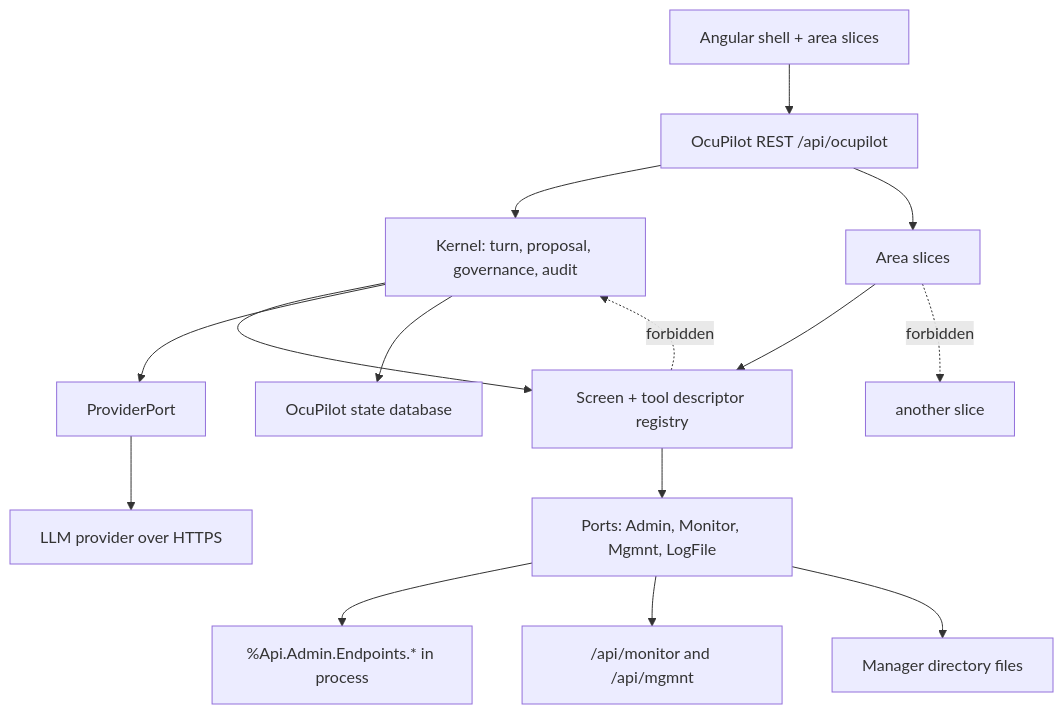
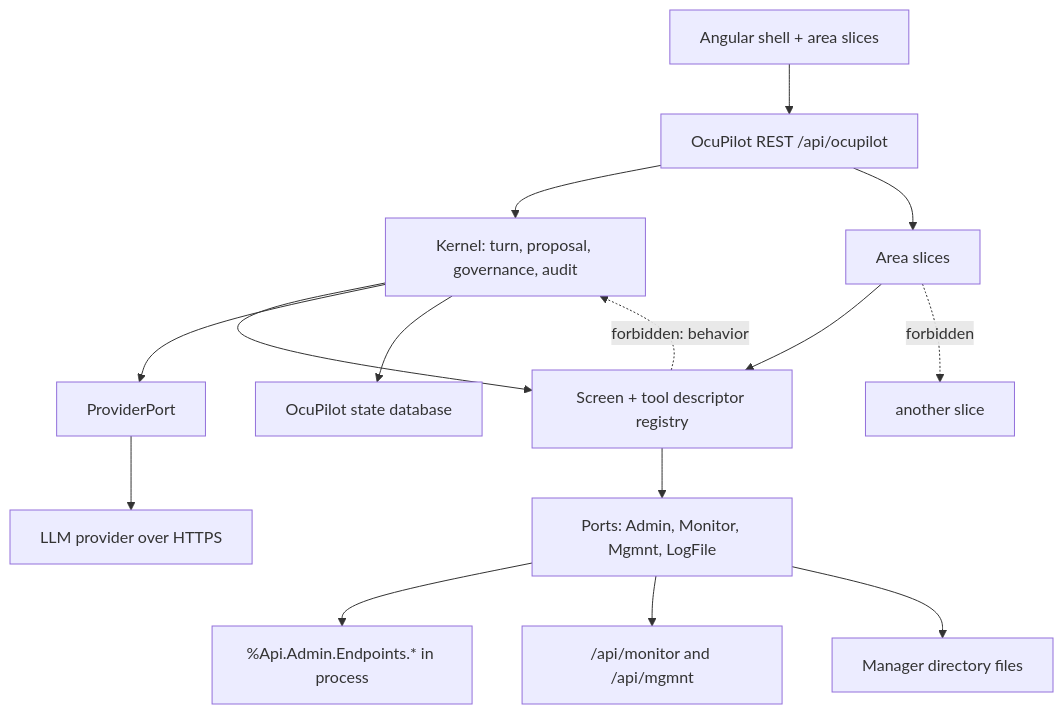
The first of 4 diagrams in _bmad-output/planning-artifacts/architecture/architecture-OcuPilot-2026-09-08/ARCHITECTURE-SPINE.md (jbrandtmse/OcuPilot), drawn with Mermaid before and after one commit. The commit also changed other lines of this file and 4 other files, not shown here.

````diff
--- a/_bmad-output/planning-artifacts/architecture/architecture-OcuPilot-2026-09-08/ARCHITECTURE-SPINE.md
+++ b/_bmad-output/planning-artifacts/architecture/architecture-OcuPilot-2026-09-08/ARCHITECTURE-SPINE.md
@@ -57,17 +57,17 @@
 ```mermaid
 graph TD
   UI["Angular shell + area slices"] --> API["OcuPilot REST /api/ocupilot"]
   API --> Kernel["Kernel: turn, proposal, governance, audit"]
   API --> Slice["Area slices"]
   Kernel --> Registry["Screen + tool descriptor registry"]
   Slice --> Registry
   Registry --> Ports["Ports: Admin, Monitor, Mgmnt, LogFile"]
   Kernel --> ProviderPort["ProviderPort"]
   Ports --> Vendor["%Api.Admin.Endpoints.* in process"]
   Ports --> MonApi["/api/monitor and /api/mgmnt"]
   Ports --> Mgr["Manager directory files"]
   ProviderPort --> LLM["LLM provider over HTTPS"]
   Kernel --> State["OcuPilot state database"]
   Slice -.->|forbidden| Slice2["another slice"]
-  Registry -.->|forbidden| Kernel
+  Registry -.->|forbidden: behavior| Kernel
 ```
````
